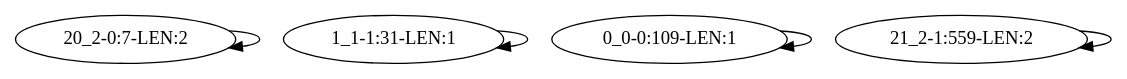
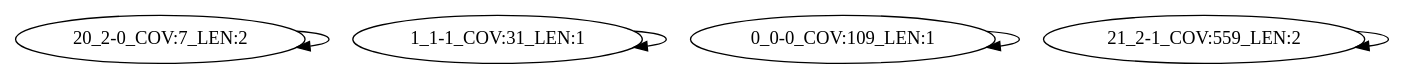
One commit to bluenote-1577/devider-test changed the diagram in amr_snaketest/results_spike_dbghap/MEG_814xxDrugsxxAminoglycosidesxxAminoglycoside_OxxnucleotidyltransferasesxxANT3xxDPRIME_dbghaplo/intermediate/assembly_graph.dot. Above: the diagram before and after it, drawn with Graphviz. The commit also changed 3983 other files, not shown here.

```diff
--- a/amr_snaketest/results_spike_dbghap/MEG_814xxDrugsxxAminoglycosidesxxAminoglycoside_OxxnucleotidyltransferasesxxANT3xxDPRIME_dbghaplo/intermediate/assembly_graph.dot
+++ b/amr_snaketest/results_spike_dbghap/MEG_814xxDrugsxxAminoglycosidesxxAminoglycoside_OxxnucleotidyltransferasesxxANT3xxDPRIME_dbghaplo/intermediate/assembly_graph.dot
@@ -1,6 +1,6 @@
 digraph G {
-    "20_2-0:7-LEN:2" -> "20_2-0:7-LEN:2";
-    "1_1-1:31-LEN:1" -> "1_1-1:31-LEN:1";
-    "0_0-0:109-LEN:1" -> "0_0-0:109-LEN:1";
-    "21_2-1:559-LEN:2" -> "21_2-1:559-LEN:2";
+    "20_2-0_COV:7_LEN:2" -> "20_2-0_COV:7_LEN:2";
+    "1_1-1_COV:31_LEN:1" -> "1_1-1_COV:31_LEN:1";
+    "0_0-0_COV:109_LEN:1" -> "0_0-0_COV:109_LEN:1";
+    "21_2-1_COV:559_LEN:2" -> "21_2-1_COV:559_LEN:2";
 }
```
